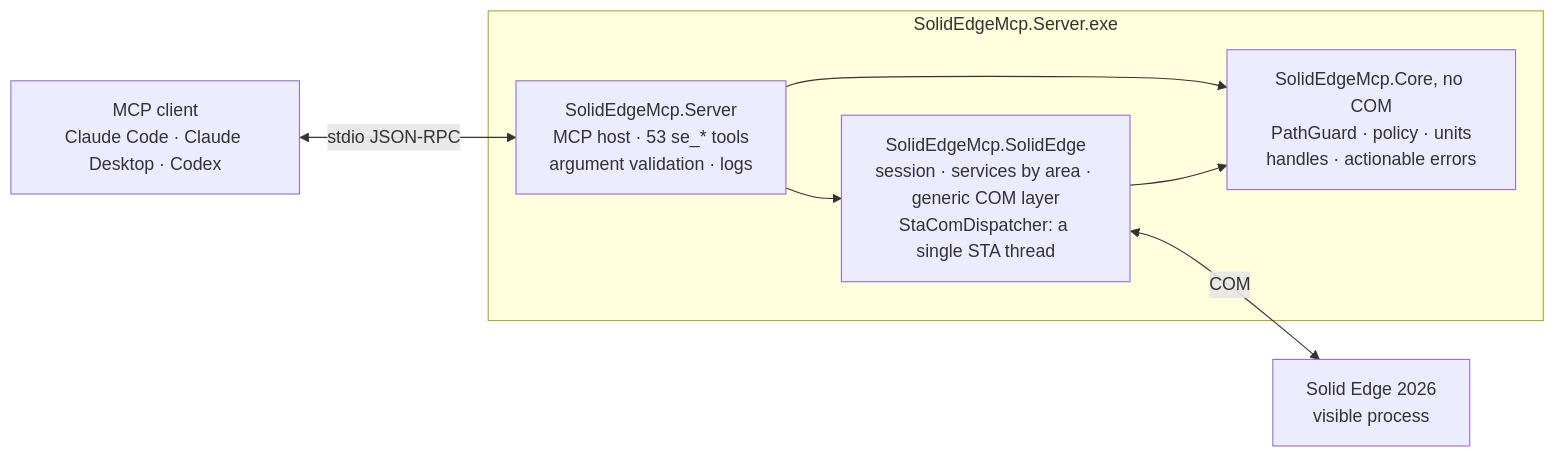
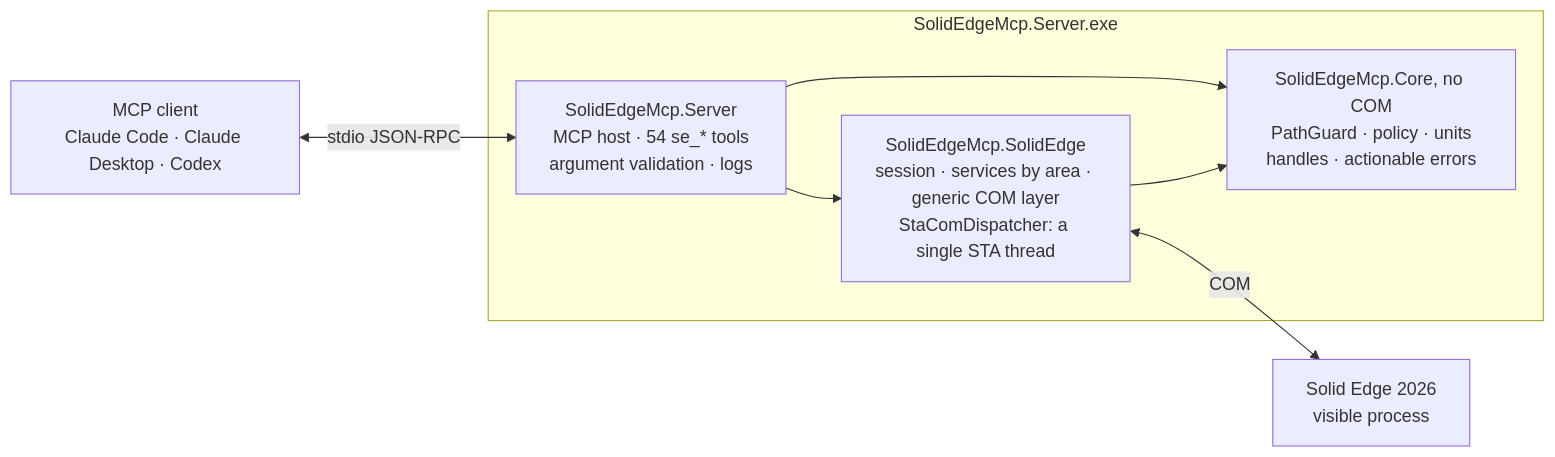
The diagram in README.md (gabichuuuuu/solid-edge-mcp), drawn with Mermaid before and after one commit. The commit also changed other lines of this file and 19 other files, not shown here.

````diff
--- a/README.md
+++ b/README.md
@@ -268,18 +270,18 @@
 ```mermaid
 flowchart LR
     client["MCP client<br/>Claude Code · Claude Desktop · Codex"]
 
     subgraph exe ["SolidEdgeMcp.Server.exe"]
-        server["SolidEdgeMcp.Server<br/>MCP host · 53 se_* tools<br/>argument validation · logs"]
+        server["SolidEdgeMcp.Server<br/>MCP host · 54 se_* tools<br/>argument validation · logs"]
         se["SolidEdgeMcp.SolidEdge<br/>session · services by area · generic COM layer<br/>StaComDispatcher: a single STA thread"]
         core["SolidEdgeMcp.Core, no COM<br/>PathGuard · policy · units<br/>handles · actionable errors"]
         server --> se
         server --> core
         se --> core
     end
 
     app["Solid Edge 2026<br/>visible process"]
 
     client <-->|stdio JSON-RPC| server
     se <-->|COM| app
 ```
````
